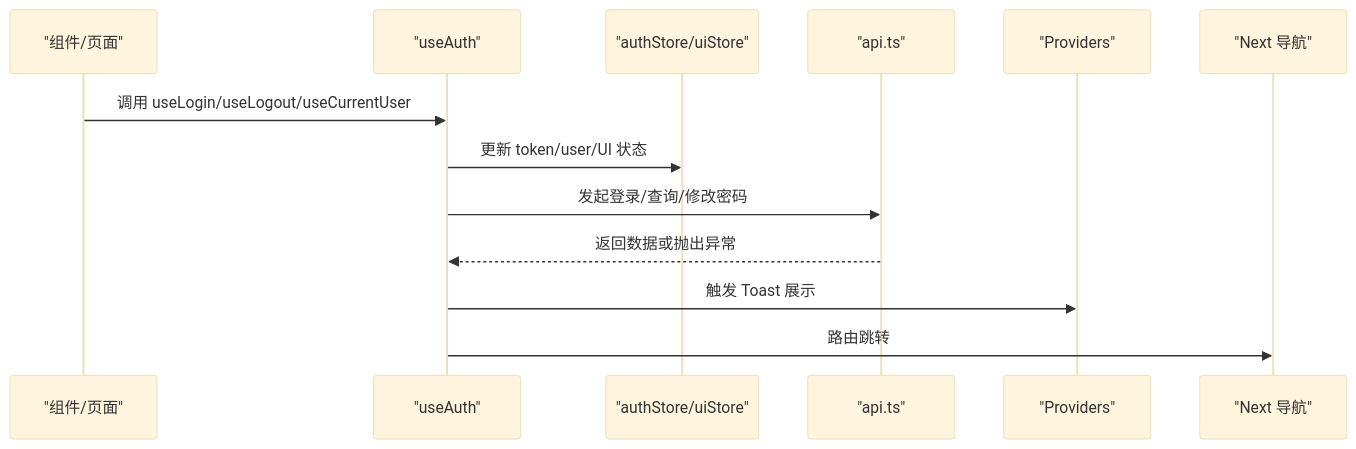
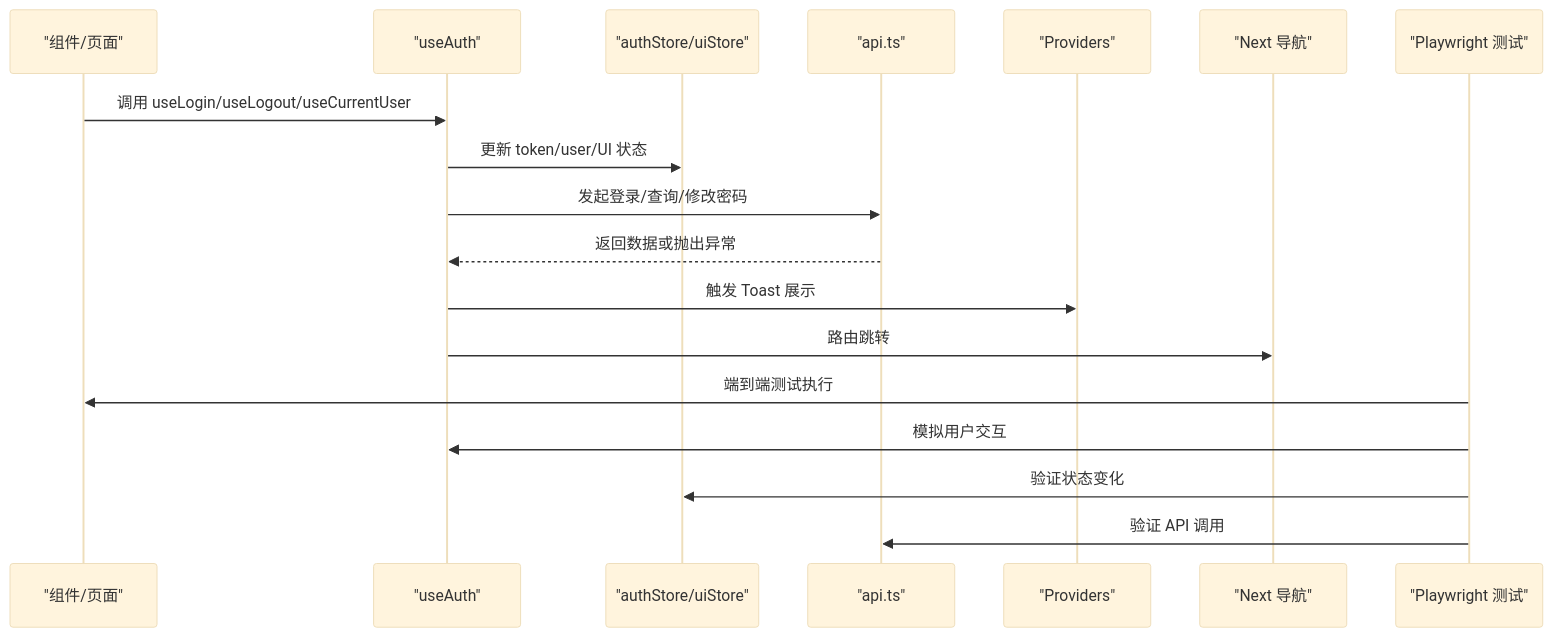
The fourth of 5 diagrams in .qoder/repowiki/zh/content/开发指南/测试策略/前端测试.md (gujialind/InvestRing), drawn with Mermaid (base theme) before and after one commit. The commit also changed other lines of this file and 53 other files, not shown here.

````diff
--- a/.qoder/repowiki/zh/content/开发指南/测试策略/前端测试.md
+++ b/.qoder/repowiki/zh/content/开发指南/测试策略/前端测试.md
@@ -100,15 +196,20 @@
 ```mermaid
 sequenceDiagram
 participant UI as "组件/页面"
 participant Hook as "useAuth"
 participant Store as "authStore/uiStore"
 participant API as "api.ts"
 participant Provider as "Providers"
 participant Router as "Next 导航"
+participant E2E as "Playwright 测试"
 UI->>Hook : 调用 useLogin/useLogout/useCurrentUser
 Hook->>Store : 更新 token/user/UI 状态
 Hook->>API : 发起登录/查询/修改密码
 API-->>Hook : 返回数据或抛出异常
 Hook->>Provider : 触发 Toast 展示
 Hook->>Router : 路由跳转
+E2E->>UI : 端到端测试执行
+E2E->>Hook : 模拟用户交互
+E2E->>Store : 验证状态变化
+E2E->>API : 验证 API 调用
 ```
````
